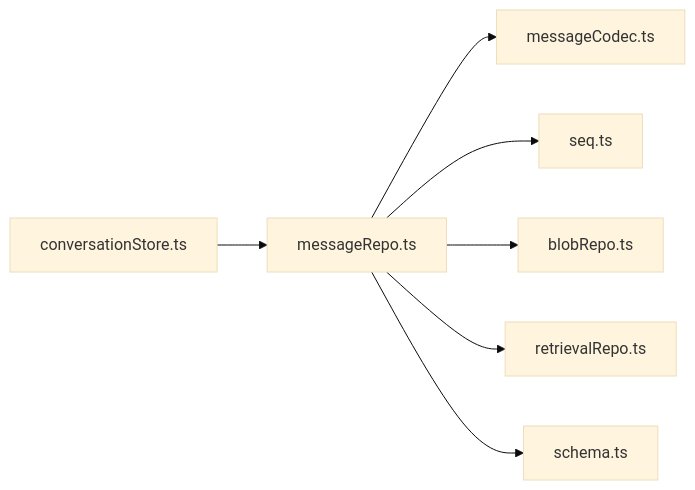
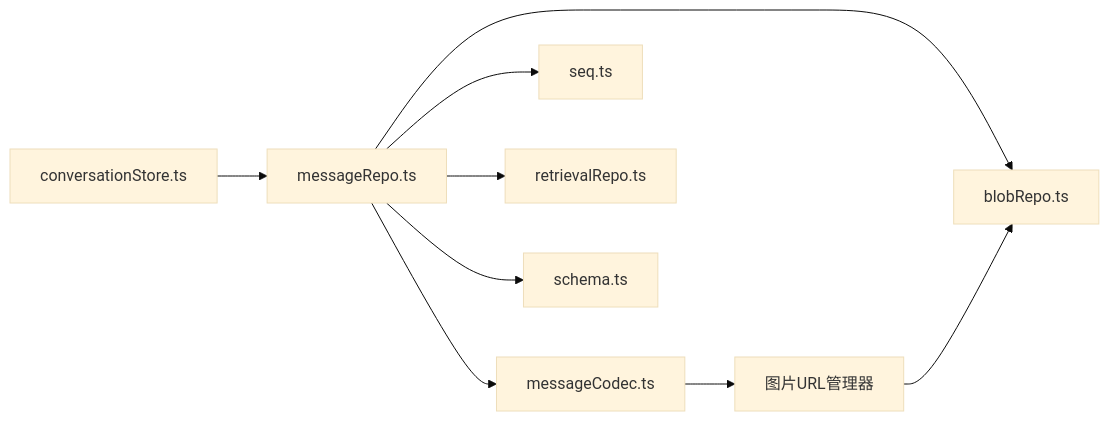
Diagram 11 of 11 in .qoder/repowiki/zh/content/数据持久化/数据库层/消息仓库.md (billye220670/AIShop), drawn with Mermaid (base theme) before and after one commit. The commit also changed other lines of this file and 40 other files, not shown here.

````diff
--- a/.qoder/repowiki/zh/content/数据持久化/数据库层/消息仓库.md
+++ b/.qoder/repowiki/zh/content/数据持久化/数据库层/消息仓库.md
@@ -339,9 +405,11 @@
 ```mermaid
 graph LR
 Repo["messageRepo.ts"] --> Codec["messageCodec.ts"]
 Repo --> Seq["seq.ts"]
 Repo --> Blob["blobRepo.ts"]
 Repo --> Index["retrievalRepo.ts"]
 Repo --> Schema["schema.ts"]
 Store["conversationStore.ts"] --> Repo
+Codec --> ImageMgr["图片URL管理器"]
+ImageMgr --> Blob
 ```
````
